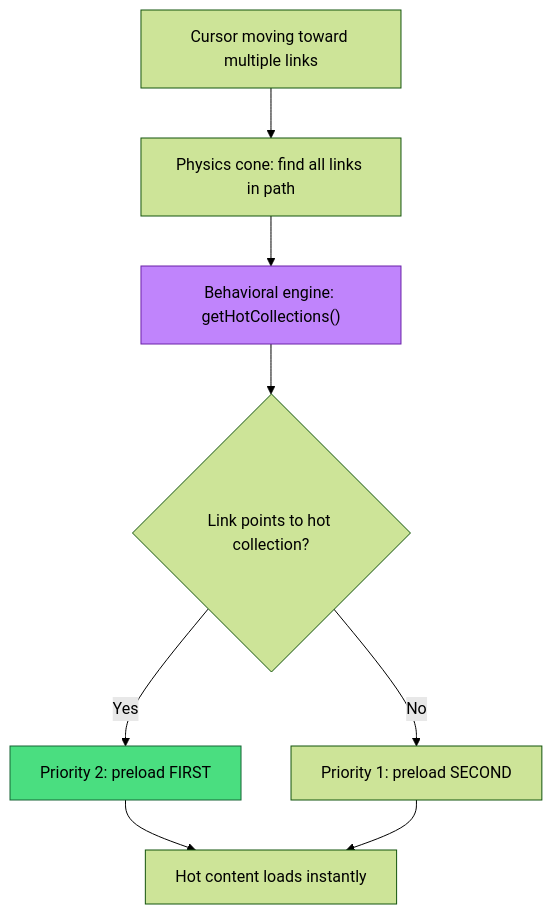
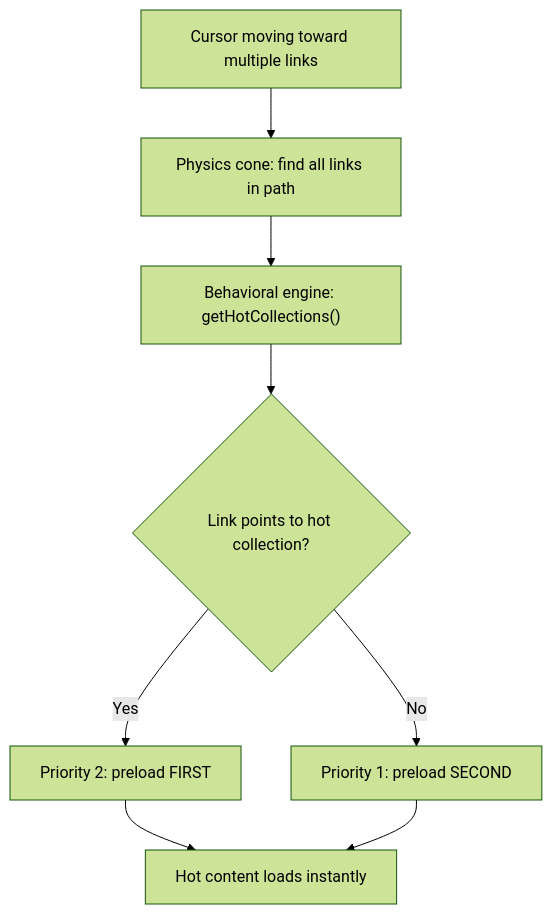
Before and after one commit to SveltyCMS/SveltyCMS: the third of 3 diagrams in docs/architecture/hover-preloading.mdx, drawn with Mermaid (forest theme). The commit also changed other lines of this file and 148 other files, not shown here.

````diff
--- a/docs/architecture/hover-preloading.mdx
+++ b/docs/architecture/hover-preloading.mdx
@@ -146,13 +143,12 @@
 ```mermaid
 flowchart TD
     A["Cursor moving toward multiple links"] --> B["Physics cone: find all links in path"]
     B --> C["Behavioral engine: getHotCollections()"]
     C --> D{"Link points to hot collection?"}
     D -->|"Yes"| E["Priority 2: preload FIRST"]
     D -->|"No"| F["Priority 1: preload SECOND"]
     E --> G["Hot content loads instantly"]
     F --> G
 
-    style C fill:#c084fc,stroke:#6b21a8,color:#000
-    style E fill:#4ade80,stroke:#166534,color:#000
+
 ```
````
